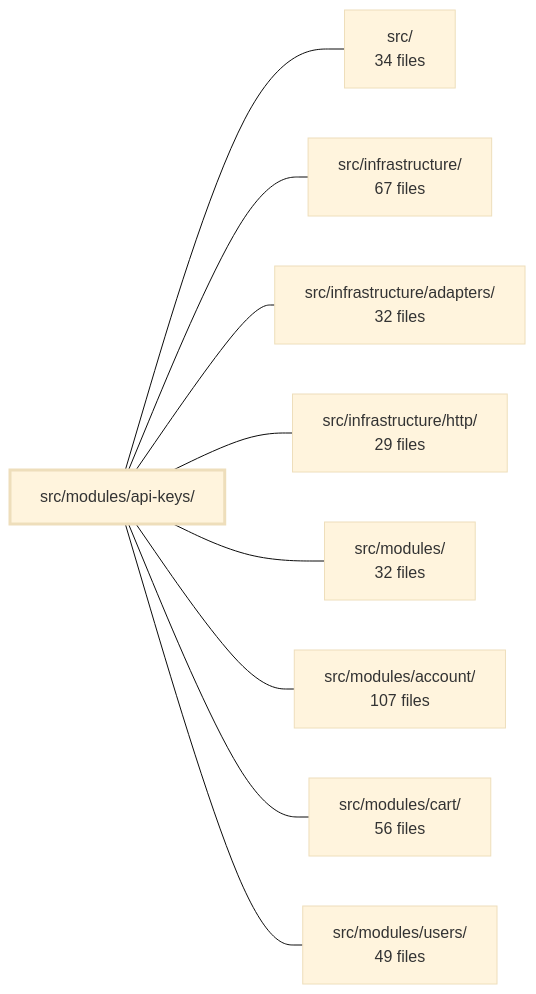
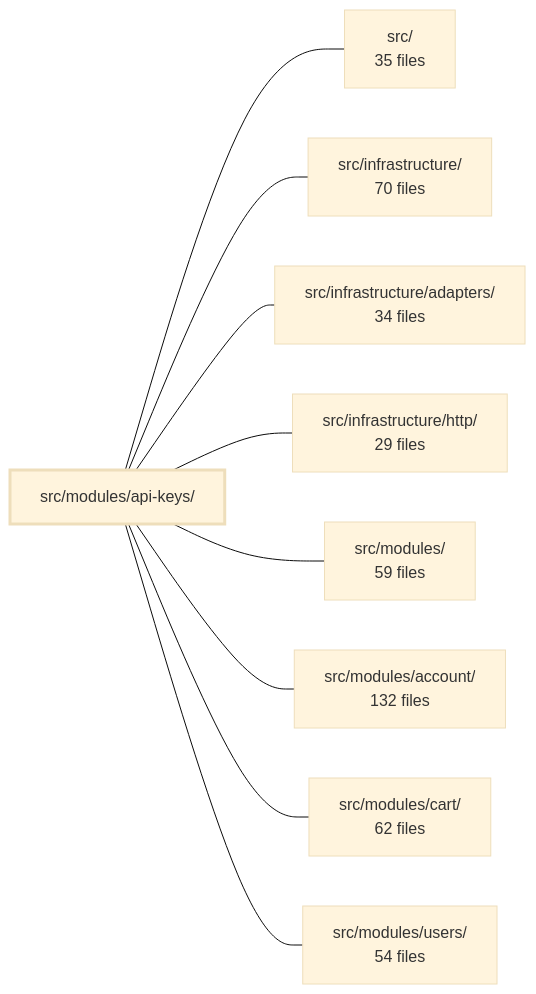
Before and after one commit to Guebbit/boilerplate-node-backend: the diagram in .2brain/modules/boilerplate-node-backend_src_modules_api-keys.md, drawn with Mermaid (base theme). The commit also changed other lines of this file and 627 other files, not shown here.

````diff
--- a/.2brain/modules/boilerplate-node-backend_src_modules_api-keys.md
+++ b/.2brain/modules/boilerplate-node-backend_src_modules_api-keys.md
@@ -39,21 +37,21 @@
 ```mermaid
 flowchart LR
     m_src_modules_api_keys["src/modules/api-keys/"]
-    m_src["src/<br/>34 files"]
-    m_src_infrastructure["src/infrastructure/<br/>67 files"]
-    m_src_infrastructure_adapters["src/infrastructure/adapters/<br/>32 files"]
+    m_src["src/<br/>35 files"]
+    m_src_infrastructure["src/infrastructure/<br/>70 files"]
+    m_src_infrastructure_adapters["src/infrastructure/adapters/<br/>34 files"]
     m_src_infrastructure_http["src/infrastructure/http/<br/>29 files"]
-    m_src_modules["src/modules/<br/>32 files"]
-    m_src_modules_account["src/modules/account/<br/>107 files"]
-    m_src_modules_cart["src/modules/cart/<br/>56 files"]
-    m_src_modules_users["src/modules/users/<br/>49 files"]
+    m_src_modules["src/modules/<br/>59 files"]
+    m_src_modules_account["src/modules/account/<br/>132 files"]
+    m_src_modules_cart["src/modules/cart/<br/>62 files"]
+    m_src_modules_users["src/modules/users/<br/>54 files"]
     m_src_modules_api_keys --- m_src
     m_src_modules_api_keys --- m_src_infrastructure
     m_src_modules_api_keys --- m_src_infrastructure_adapters
     m_src_modules_api_keys --- m_src_infrastructure_http
     m_src_modules_api_keys --- m_src_modules
     m_src_modules_api_keys --- m_src_modules_account
     m_src_modules_api_keys --- m_src_modules_cart
     m_src_modules_api_keys --- m_src_modules_users
     style m_src_modules_api_keys stroke-width:3px
 ```
````
